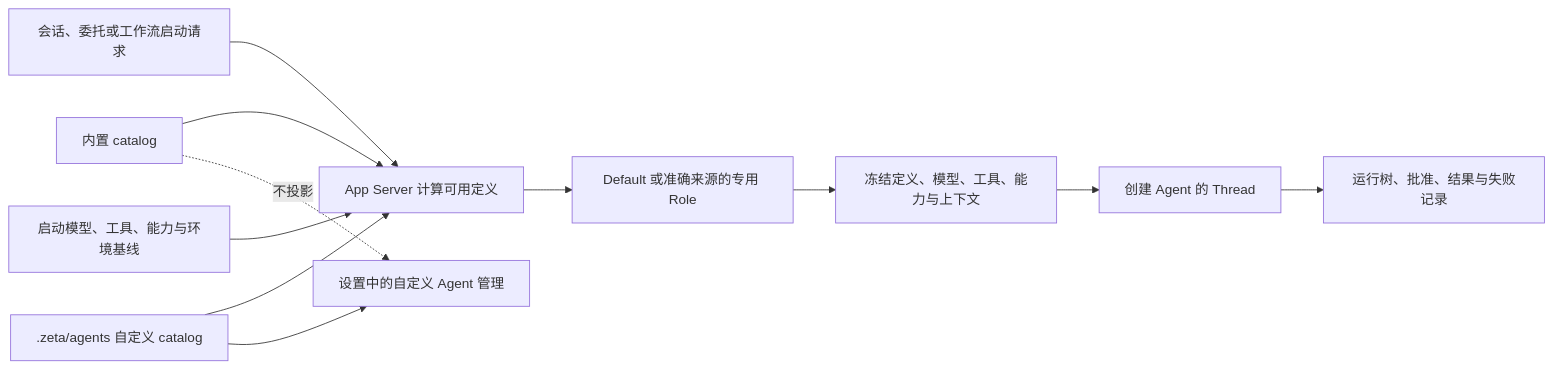
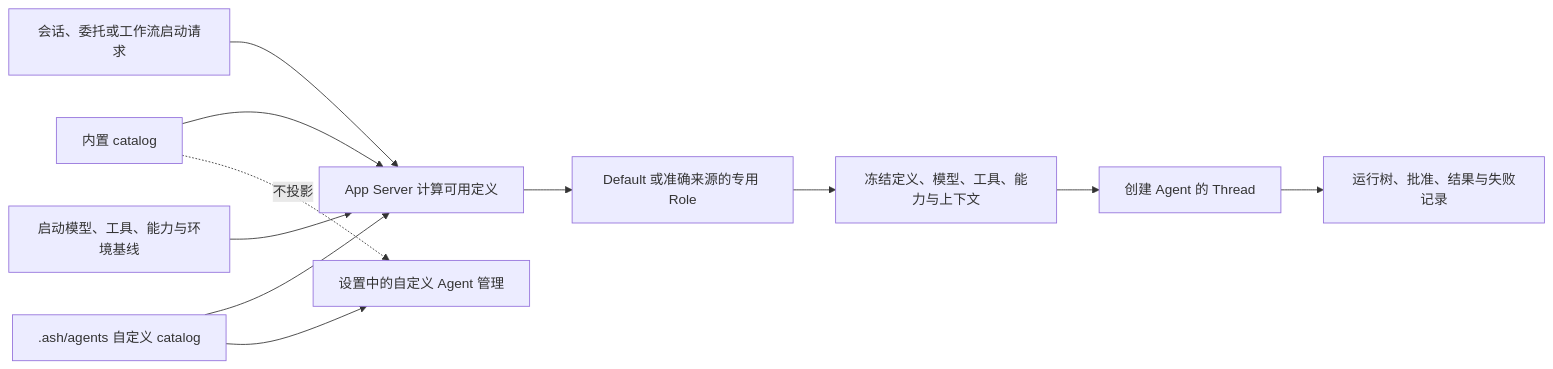
The diagram in docs/agents.md (chogng/zeta), drawn with Mermaid before and after one commit. The commit also changed other lines of this file and 7718 other files, not shown here.

Commit message:
refactor: rename zeta to ash

````diff
--- a/docs/agents.md
+++ b/docs/agents.md
@@ -259,13 +259,13 @@
 ```mermaid
 flowchart LR
     Launch[会话、委托或工作流启动请求] --> Eligible[App Server 计算可用定义]
     BuiltIn[内置 catalog] --> Eligible
-    Custom[.zeta/agents 自定义 catalog] --> Eligible
+    Custom[.ash/agents 自定义 catalog] --> Eligible
     Baseline[启动模型、工具、能力与环境基线] --> Eligible
     Eligible --> Select[Default 或准确来源的专用 Role]
     Select --> Freeze[冻结定义、模型、工具、能力与上下文]
     Freeze --> Thread[创建 Agent 的 Thread]
     Thread --> Record[运行树、批准、结果与失败记录]
     BuiltIn -.不投影.-> Settings[设置中的自定义 Agent 管理]
     Custom --> Settings
 ```
````
